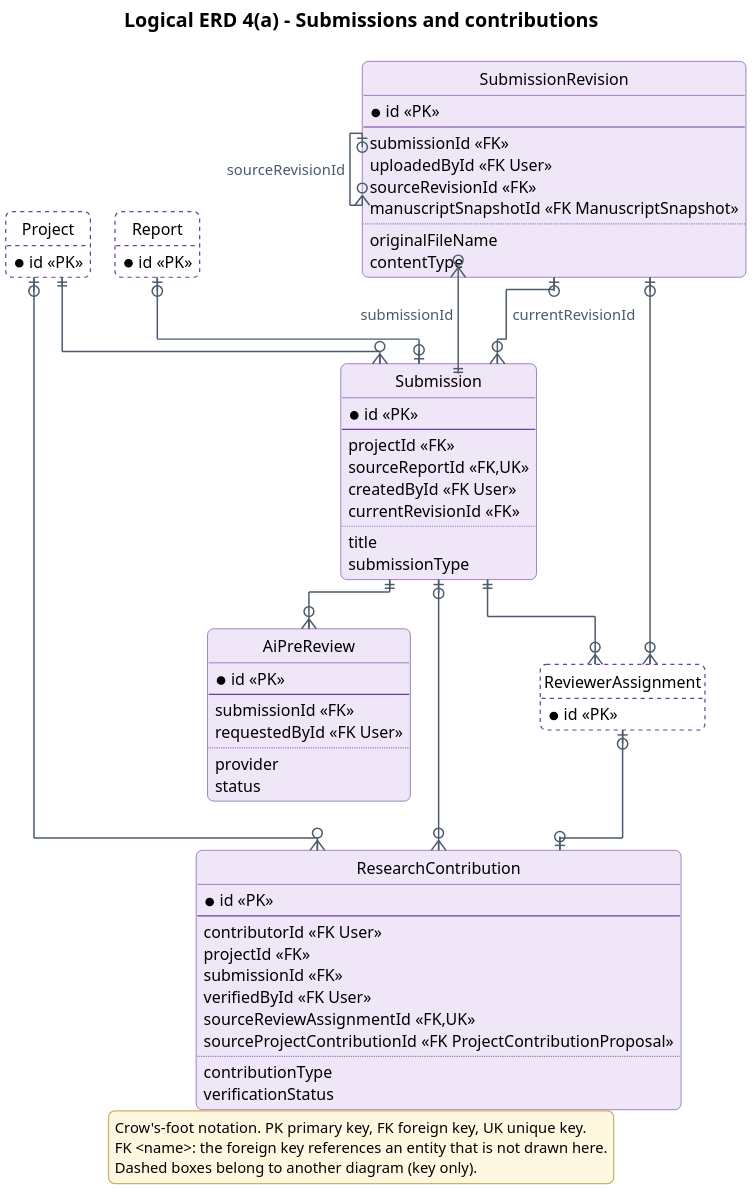
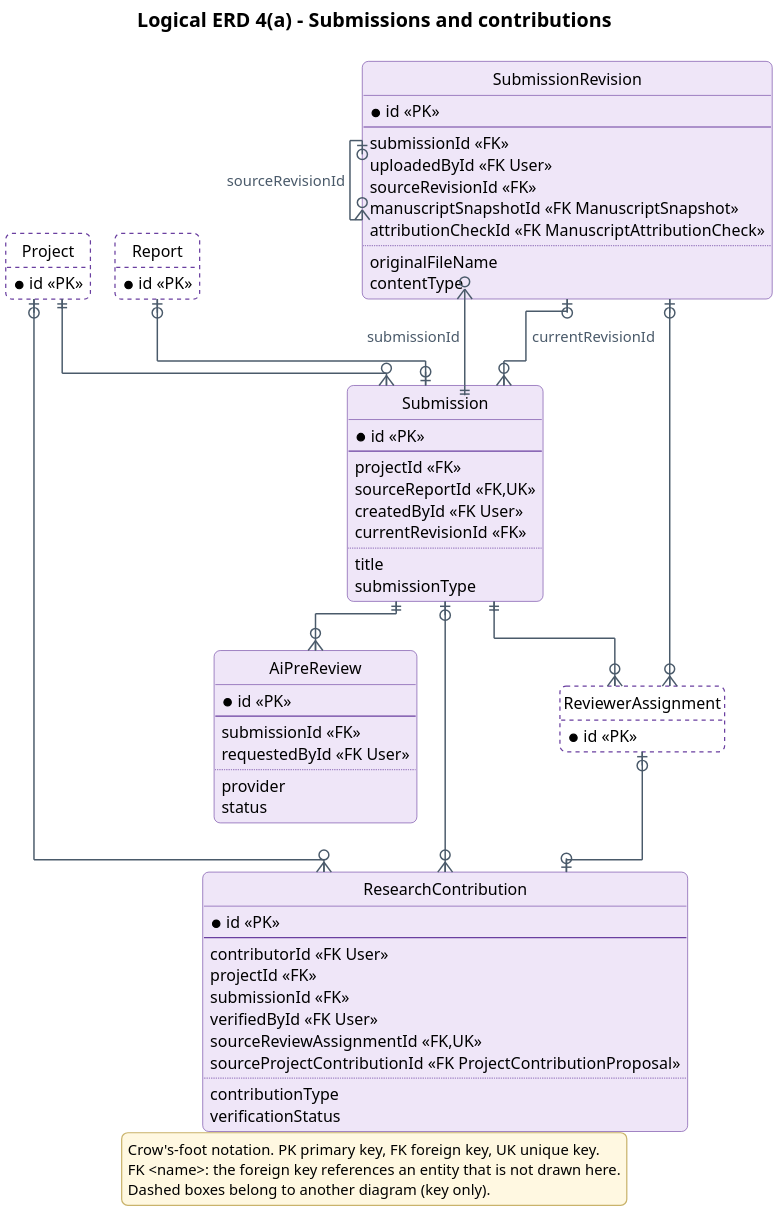
The diagram in docs/diagrams/report3/R3_ERD4a_Submissions.puml (Khoa-Hoa-Technology-Solution-Company/lumi-gap), drawn with PlantUML before and after one commit. The commit also changed 48 other files, not shown here.

First line of the commit message:
docs: update diagrams to main 38bd889

```diff
--- a/docs/diagrams/report3/R3_ERD4a_Submissions.puml
+++ b/docs/diagrams/report3/R3_ERD4a_Submissions.puml
@@ -1,97 +1,98 @@
 @startuml
 !pragma layout elk
 skinparam dpi 200
 skinparam defaultFontName "Segoe UI"
 skinparam defaultFontSize 13
 skinparam shadowing false
 skinparam roundCorner 10
 skinparam backgroundColor #FFFFFF
 skinparam ArrowColor #4A5A6A
 skinparam ArrowThickness 1.2
 skinparam ArrowFontSize 12
 skinparam ArrowFontColor #4A5A6A
 skinparam TitleFontSize 16
 skinparam TitleFontStyle bold
 skinparam entity {
   BackgroundColor #EFE6F8
   BorderColor #6A3FA0
 }
 skinparam legend {
   BackgroundColor #FFF8E1
   BorderColor #C9B36B
   FontSize 12
 }
 skinparam stereotypeFontSize 10
 hide circle
 hide empty methods
 title Logical ERD 4(a) - Submissions and contributions
 entity Submission #EFE6F8;line:6A3FA0 {
   * id <<PK>>
   --
   projectId <<FK>>
   sourceReportId <<FK,UK>>
   createdById <<FK User>>
   currentRevisionId <<FK>>
   ..
   title
   submissionType
 }
 entity SubmissionRevision #EFE6F8;line:6A3FA0 {
   * id <<PK>>
   --
   submissionId <<FK>>
   uploadedById <<FK User>>
   sourceRevisionId <<FK>>
   manuscriptSnapshotId <<FK ManuscriptSnapshot>>
+  attributionCheckId <<FK ManuscriptAttributionCheck>>
   ..
   originalFileName
   contentType
 }
 entity AiPreReview #EFE6F8;line:6A3FA0 {
   * id <<PK>>
   --
   submissionId <<FK>>
   requestedById <<FK User>>
   ..
   provider
   status
 }
 entity ResearchContribution #EFE6F8;line:6A3FA0 {
   * id <<PK>>
   --
   contributorId <<FK User>>
   projectId <<FK>>
   submissionId <<FK>>
   verifiedById <<FK User>>
   sourceReviewAssignmentId <<FK,UK>>
   sourceProjectContributionId <<FK ProjectContributionProposal>>
   ..
   contributionType
   verificationStatus
 }
 entity Project #FFFFFF;line:6A3FA0;line.dashed {
   * id <<PK>>
 }
 entity Report #FFFFFF;line:6A3FA0;line.dashed {
   * id <<PK>>
 }
 entity ReviewerAssignment #FFFFFF;line:6A3FA0;line.dashed {
   * id <<PK>>
 }
 Project |o--o{ ResearchContribution
 Project ||--o{ Submission
 Report |o--o| Submission
 ReviewerAssignment |o--o| ResearchContribution
 SubmissionRevision |o--o{ ReviewerAssignment
 SubmissionRevision |o--o{ SubmissionRevision : sourceRevisionId
 SubmissionRevision |o--o{ Submission : currentRevisionId
 Submission ||--o{ AiPreReview
 Submission |o--o{ ResearchContribution
 Submission ||--o{ ReviewerAssignment
 Submission ||--o{ SubmissionRevision : submissionId
 legend bottom
 Crow's-foot notation. PK primary key, FK foreign key, UK unique key.
 FK <name>: the foreign key references an entity that is not drawn here.
 Dashed boxes belong to another diagram (key only).
 endlegend
 @enduml
```
